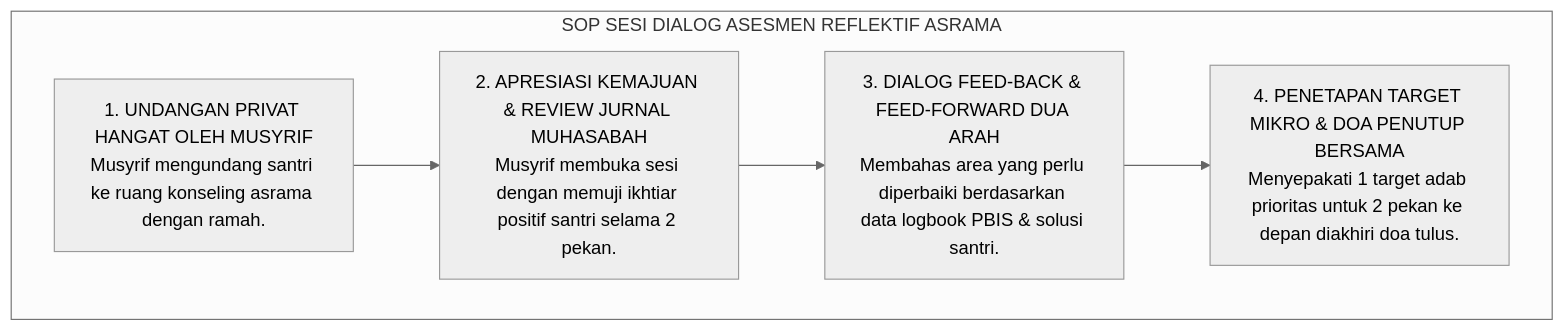
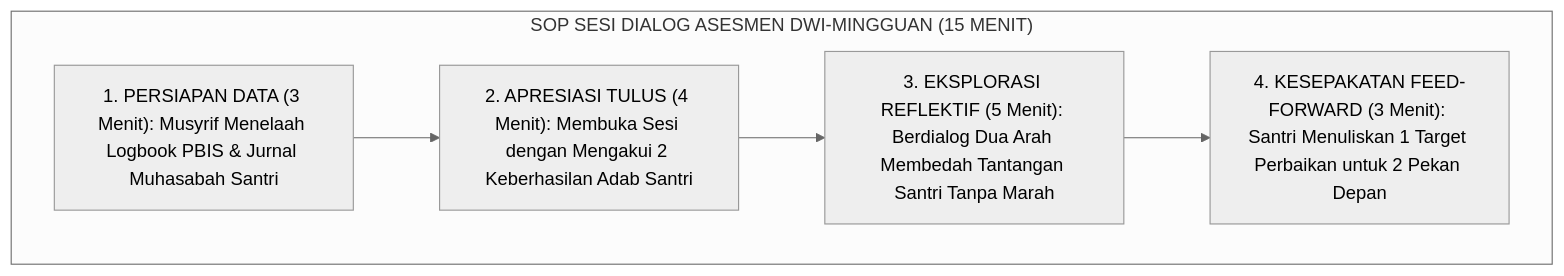
Before and after one commit to wandiapriliyandi/tumbuh: the third of 3 diagrams in 02 Principles/05 Assessment Principles/P2-05-05-Prinsip-Feedback-Konstruktif-dan-Refleksi-Diri-Santri.md, drawn with Mermaid (neutral theme). The commit also changed other lines of this file and 6 other files, not shown here.

````diff
--- a/02 Principles/05 Assessment Principles/P2-05-05-Prinsip-Feedback-Konstruktif-dan-Refleksi-Diri-Santri.md
+++ b/02 Principles/05 Assessment Principles/P2-05-05-Prinsip-Feedback-Konstruktif-dan-Refleksi-Diri-Santri.md
@@ -183,14 +154,9 @@
 ```mermaid
 flowchart TD
-    subgraph SOPDialogAsesmenReflektif["SOP SESI DIALOG ASESMEN REFLEKTIF ASRAMA"]
-        UndanganHangat["1. UNDANGAN PRIVAT HANGAT OLEH MUSYRIF<br/>Musyrif mengundang santri ke ruang konseling asrama dengan ramah."]
-        
-        ApresiasiAwal["2. APRESIASI KEMAJUAN & REVIEW JURNAL MUHASABAH<br/>Musyrif membuka sesi dengan memuji ikhtiar positif santri selama 2 pekan."]
-        
-        EksplorasiReflektif["3. DIALOG FEED-BACK & FEED-FORWARD DUA ARAH<br/>Membahas area yang perlu diperbaiki berdasarkan data logbook PBIS & solusi santri."]
-        
-        PaktaKomitmen["4. PENETAPAN TARGET MIKRO & DOA PENUTUP BERSAMA<br/>Menyepakati 1 target adab prioritas untuk 2 pekan ke depan diakhiri doa tulus."]
-        
-        UndanganHangat --> ApresiasiAwal --> EksplorasiReflektif --> PaktaKomitmen
+    subgraph SOPDialogAsesmenReflektif["SOP SESI DIALOG ASESMEN DWI-MINGGUAN (15 MENIT)"]
+        PersiapanData["1. PERSIAPAN DATA (3 Menit): Musyrif Menelaah Logbook PBIS & Jurnal Muhasabah Santri"]
+        --> ApresiasiPencapaian["2. APRESIASI TULUS (4 Menit): Membuka Sesi dengan Mengakui 2 Keberhasilan Adab Santri"]
+        --> EksplorasiAkarMasalah["3. EKSPLORASI REFLEKTIF (5 Menit): Berdialog Dua Arah Membedah Tantangan Santri Tanpa Marah"]
+        --> KesepakatanFeedForward["4. KESEPAKATAN FEED-FORWARD (3 Menit): Santri Menuliskan 1 Target Perbaikan untuk 2 Pekan Depan"]
     end
 ```
````
